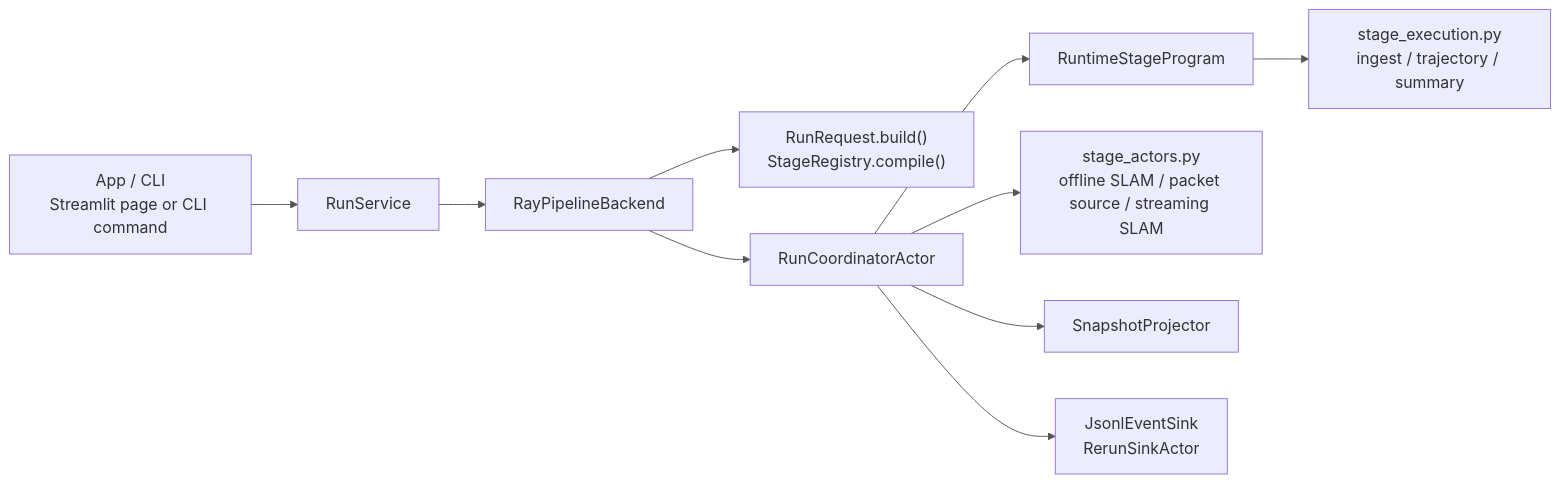
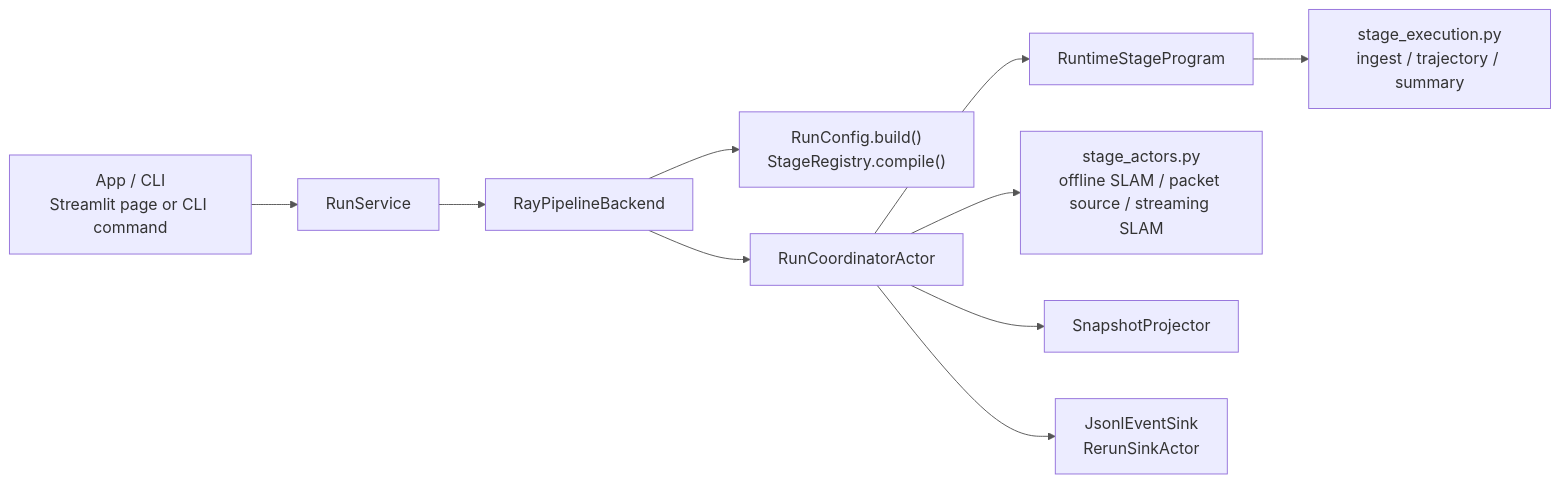
One commit to JanDuchscherer104/prml-vslam changed the diagram in docs/figures/mermaid/pipeline/pipeline_runtime_overview.mmd. Above: the diagram before and after it, drawn with Mermaid. The commit also changed 25 other files, not shown here.

Commit message:
docs: update stage ownership architecture

```diff
--- a/docs/figures/mermaid/pipeline/pipeline_runtime_overview.mmd
+++ b/docs/figures/mermaid/pipeline/pipeline_runtime_overview.mmd
@@ -1,20 +1,20 @@
 %%{init: {
   "theme": "base",
   "themeVariables": {
     "fontSize": "17px",
     "primaryColor": "#ECECFF",
     "primaryBorderColor": "#9370DB",
     "lineColor": "#555555",
     "tertiaryColor": "#FFF4DD"
   }
 }}%%
 flowchart LR
     UI["App / CLI<br/>Streamlit page or CLI command"] --> Service["RunService"]
     Service --> Backend["RayPipelineBackend"]
-    Backend --> Planner["RunRequest.build()<br/>StageRegistry.compile()"]
+    Backend --> Planner["RunConfig.build()<br/>StageRegistry.compile()"]
     Backend --> Coord["RunCoordinatorActor"]
     Coord --> Program["RuntimeStageProgram"]
     Program --> Batch["stage_execution.py<br/>ingest / trajectory / summary"]
     Coord --> Actors["stage_actors.py<br/>offline SLAM / packet source / streaming SLAM"]
     Coord --> Projector["SnapshotProjector"]
     Coord --> Sinks["JsonlEventSink<br/>RerunSinkActor"]
```
